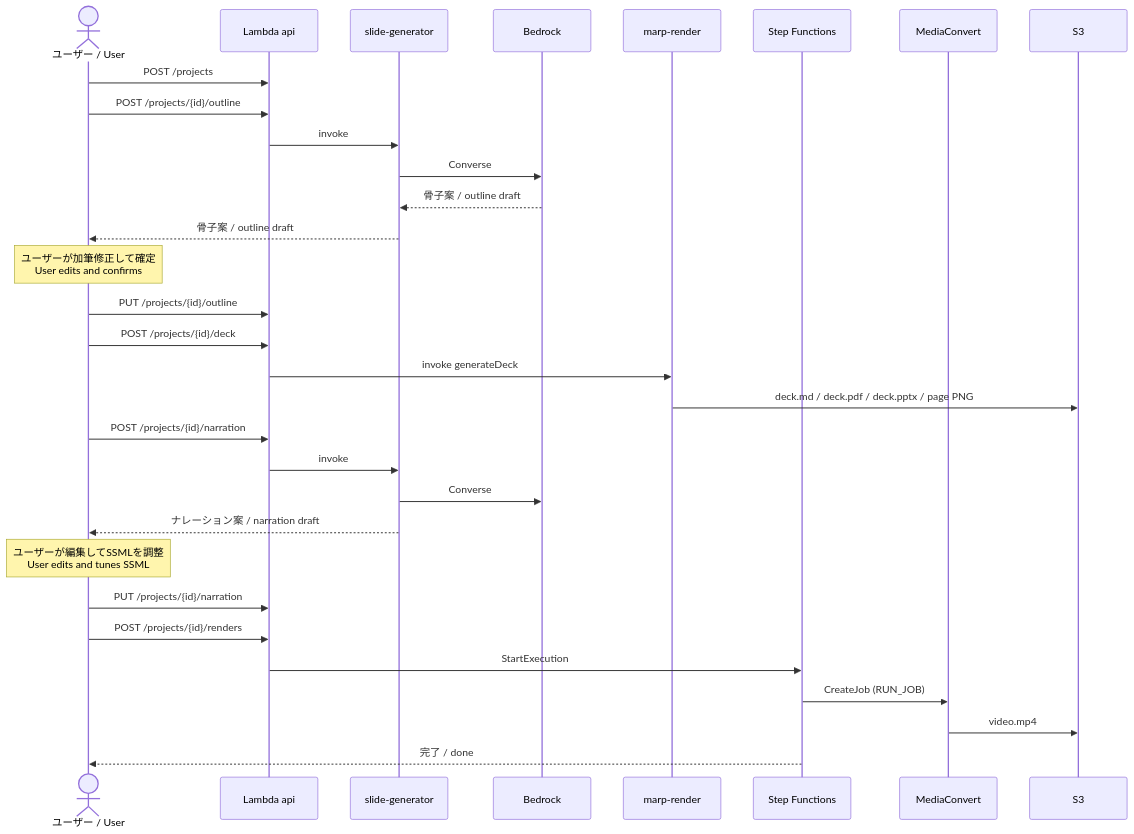
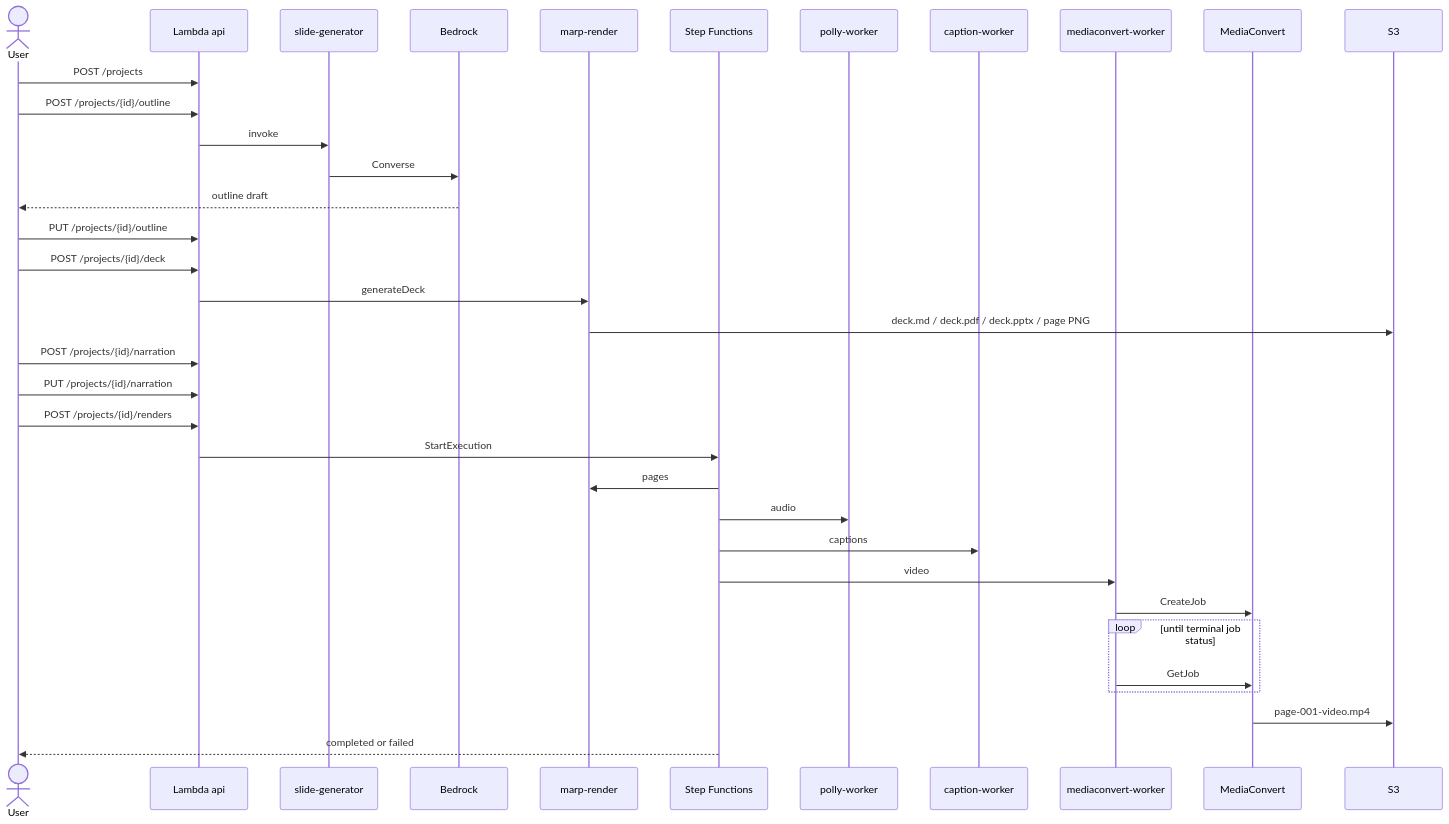
Before and after one commit to hide-G/slide-first-ai-video: the third of 5 diagrams in docs/architecture.md, drawn with Mermaid. The commit also changed other lines of this file and 28 other files, not shown here.

````diff
--- a/docs/architecture.md
+++ b/docs/architecture.md
@@ -107,39 +111,38 @@
 ```mermaid
 sequenceDiagram
-    actor U as ユーザー / User
+    actor U as User
     participant API as Lambda api
     participant SG as slide-generator
     participant BR as Bedrock
     participant MR as marp-render
     participant SFN as Step Functions
+    participant PW as polly-worker
+    participant CW as caption-worker
+    participant MW as mediaconvert-worker
     participant MC as MediaConvert
     participant S3 as S3
 
     U->>API: POST /projects
     U->>API: POST /projects/{id}/outline
     API->>SG: invoke
     SG->>BR: Converse
-    BR-->>SG: 骨子案 / outline draft
-    SG-->>U: 骨子案 / outline draft
-
-    Note over U: ユーザーが加筆修正して確定<br/>User edits and confirms
-
+    BR-->>U: outline draft
     U->>API: PUT /projects/{id}/outline
     U->>API: POST /projects/{id}/deck
-    API->>MR: invoke generateDeck
+    API->>MR: generateDeck
     MR->>S3: deck.md / deck.pdf / deck.pptx / page PNG
-
     U->>API: POST /projects/{id}/narration
-    API->>SG: invoke
-    SG->>BR: Converse
-    SG-->>U: ナレーション案 / narration draft
-
-    Note over U: ユーザーが編集してSSMLを調整<br/>User edits and tunes SSML
-
     U->>API: PUT /projects/{id}/narration
     U->>API: POST /projects/{id}/renders
     API->>SFN: StartExecution
-    SFN->>MC: CreateJob (RUN_JOB)
-    MC->>S3: video.mp4
-    SFN-->>U: 完了 / done
+    SFN->>MR: pages
+    SFN->>PW: audio
+    SFN->>CW: captions
+    SFN->>MW: video
+    MW->>MC: CreateJob
+    loop until terminal job status
+        MW->>MC: GetJob
+    end
+    MC->>S3: page-001-video.mp4
+    SFN-->>U: completed or failed
 ```
````
